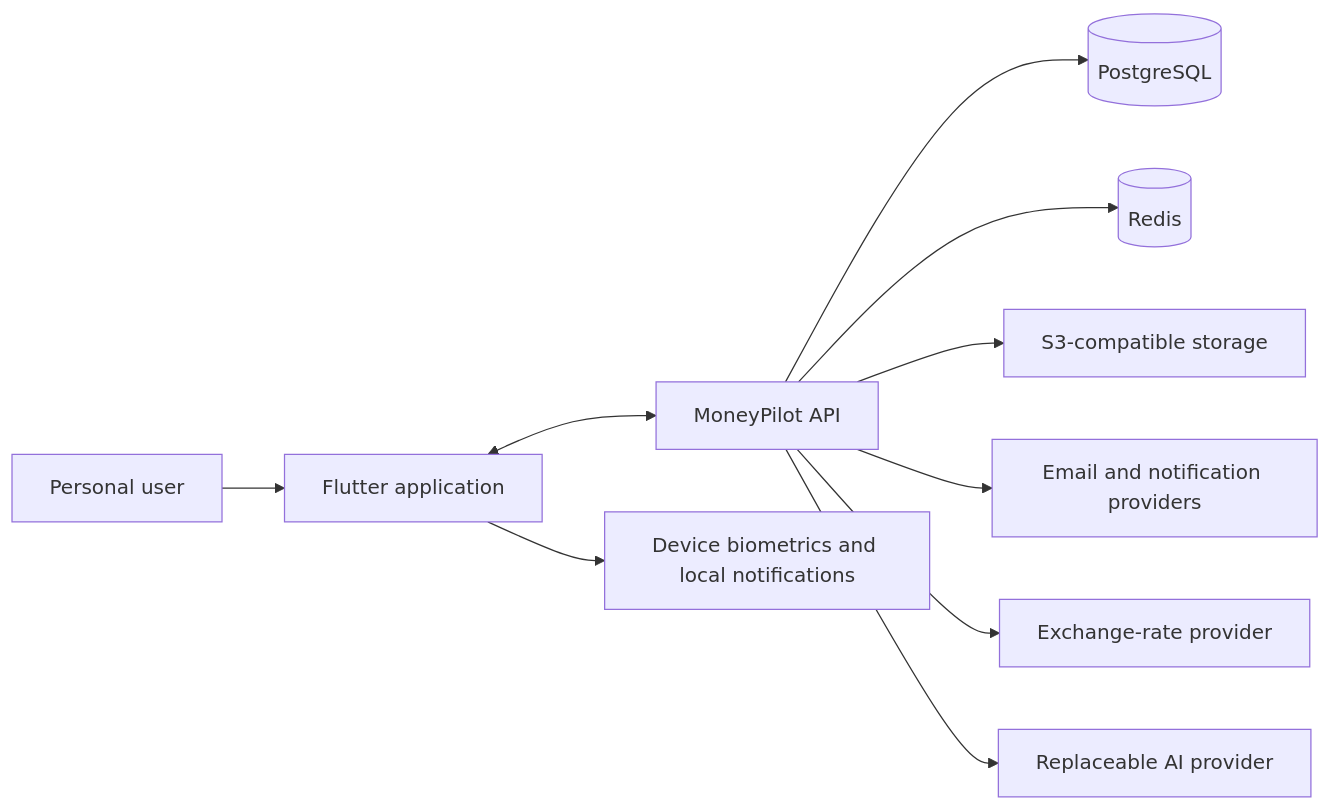
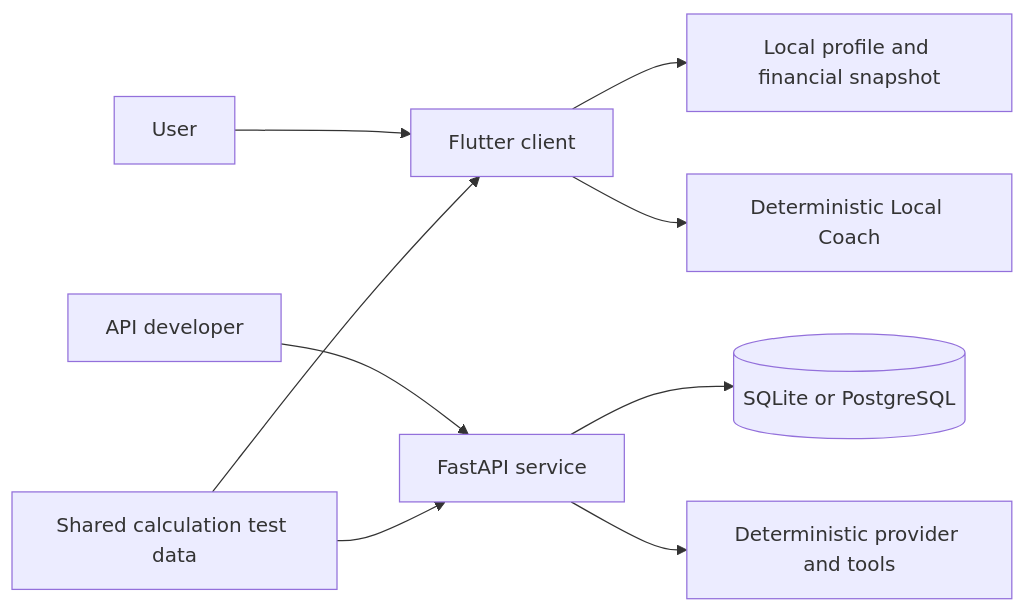
One commit to elieh999/MoneyPilot changed the diagram in docs/ARCHITECTURE.md. Above: the diagram before and after it, drawn with Mermaid. The commit also changed other lines of this file and 9 other files, not shown here.

````diff
--- a/docs/ARCHITECTURE.md
+++ b/docs/ARCHITECTURE.md
@@ -5,12 +7,13 @@
 ```mermaid
 flowchart LR
-    U["Personal user"] --> F["Flutter application"]
-    F <--> A["MoneyPilot API"]
-    A --> P[("PostgreSQL")]
-    A --> R[("Redis")]
-    A --> O["S3-compatible storage"]
-    A --> E["Email and notification providers"]
-    A --> G["Exchange-rate provider"]
-    A --> AI["Replaceable AI provider"]
-    F --> N["Device biometrics and local notifications"]
+    U["User"] --> F["Flutter client"]
+    F --> L["Local profile and financial snapshot"]
+    F --> C["Deterministic Local Coach"]
+
+    D["API developer"] --> A["FastAPI service"]
+    A --> S[("SQLite or PostgreSQL")]
+    A --> P["Deterministic provider and tools"]
+
+    V["Shared calculation test data"] --> F
+    V --> A
 ```
````
